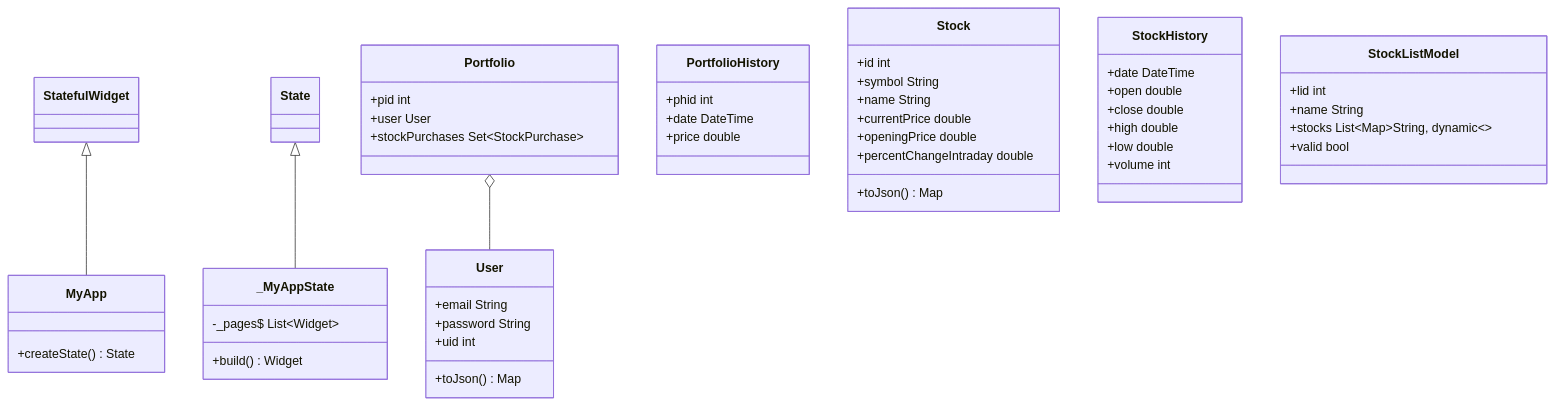
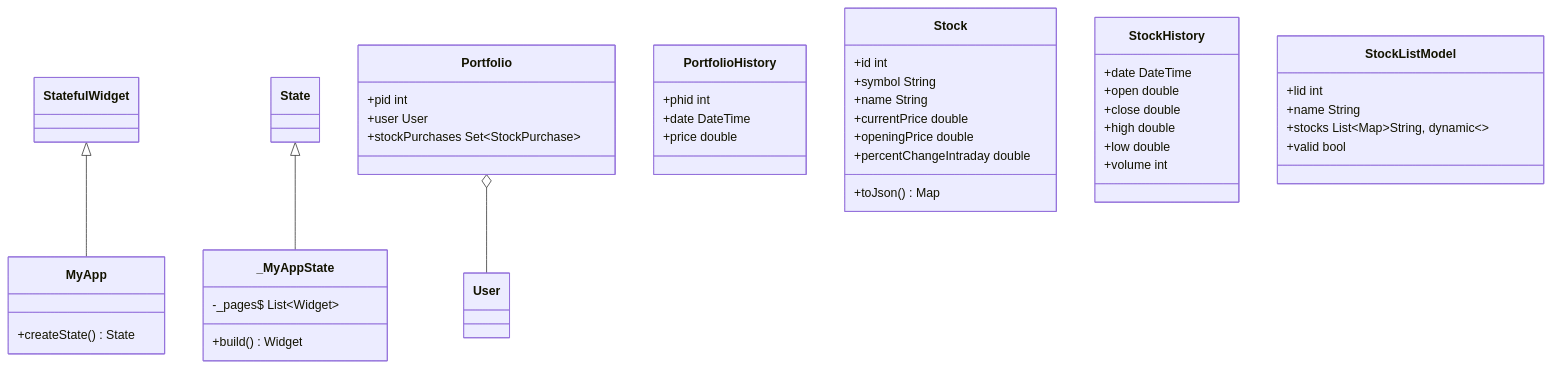
The diagram in README.md (rednas-source/ExpensesApp), drawn with Mermaid before and after one commit.

````diff
--- a/README.md
+++ b/README.md
@@ -21,51 +21,47 @@
 ```mermaid
 classDiagram
 class MyApp
 MyApp : +createState() State<MyApp>
 StatefulWidget <|-- MyApp
 
 class _MyAppState
 _MyAppState : -_pages$ List~Widget~
 _MyAppState : +build() Widget
 State <|-- _MyAppState
 
 class Portfolio
 Portfolio : +pid int
 Portfolio : +user User
 Portfolio o-- User
 Portfolio : +stockPurchases Set~StockPurchase~
 
 class PortfolioHistory
 PortfolioHistory : +phid int
 PortfolioHistory : +date DateTime
 PortfolioHistory : +price double
 
 class Stock
 Stock : +id int
 Stock : +symbol String
 Stock : +name String
 Stock : +currentPrice double
 Stock : +openingPrice double
 Stock : +percentChangeIntraday double
 Stock : +toJson() Map<String, dynamic>
 
 class StockHistory
 StockHistory : +date DateTime
 StockHistory : +open double
 StockHistory : +close double
 StockHistory : +high double
 StockHistory : +low double
 StockHistory : +volume int
 
 class StockListModel
 StockListModel : +lid int
 StockListModel : +name String
 StockListModel : +stocks List~Map~String, dynamic~~
 StockListModel : +valid bool
 
-class User
-User : +email String
-User : +password String
-User : +uid int
-User : +toJson() Map<String, dynamic>
+
 ```
````
